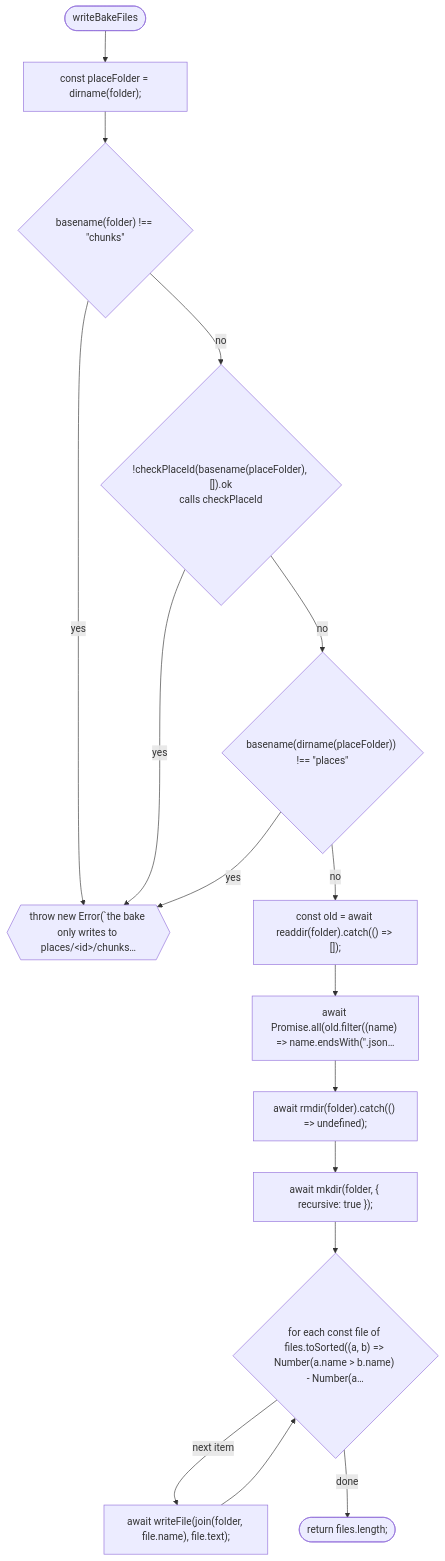
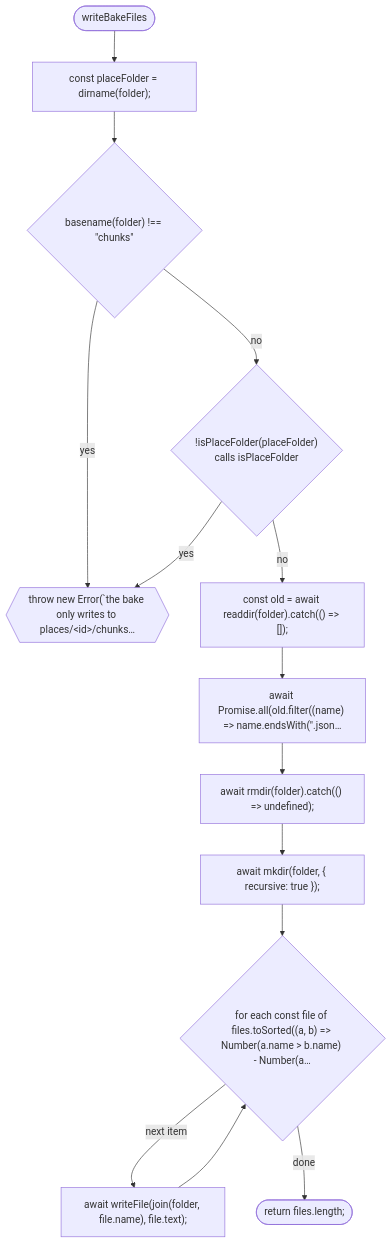
One commit to NewDara-Star/world-engine changed the first of 3 diagrams in docs/flows/tools/bake/write.md. Above: the diagram before and after it, drawn with Mermaid. The commit also changed other lines of this file and 58 other files, not shown here.

````diff
--- a/docs/flows/tools/bake/write.md
+++ b/docs/flows/tools/bake/write.md
@@ -7,31 +7,28 @@
 ```mermaid
 flowchart TD
   n1(["writeBakeFiles"])
   n2["const placeFolder = dirname(folder);"]
   n3{"basename(folder) !== #quot;chunks#quot;"}
-  n4{"!checkPlaceId(basename(placeFolder), []).ok<br/>calls checkPlaceId"}
-  n5{"basename(dirname(placeFolder)) !== #quot;places#quot;"}
-  n6{{"throw new Error(#96;the bake only writes to places/#lt;id#gt;/chunks…"}}
-  n7["const old = await readdir(folder).catch(() =#gt; []);"]
-  n8["await Promise.all(old.filter((name) =#gt; name.endsWith(#quot;.json…"]
-  n9["await rmdir(folder).catch(() =#gt; undefined);"]
-  n10["await mkdir(folder, { recursive: true });"]
-  n11{"for each const file of files.toSorted((a, b) =#gt; Number(a.name #gt; b.name) - Number(a…"}
-  n12["await writeFile(join(folder, file.name), file.text);"]
-  n13(["return files.length;"])
+  n4{"!isPlaceFolder(placeFolder)<br/>calls isPlaceFolder"}
+  n5{{"throw new Error(#96;the bake only writes to places/#lt;id#gt;/chunks…"}}
+  n6["const old = await readdir(folder).catch(() =#gt; []);"]
+  n7["await Promise.all(old.filter((name) =#gt; name.endsWith(#quot;.json…"]
+  n8["await rmdir(folder).catch(() =#gt; undefined);"]
+  n9["await mkdir(folder, { recursive: true });"]
+  n10{"for each const file of files.toSorted((a, b) =#gt; Number(a.name #gt; b.name) - Number(a…"}
+  n11["await writeFile(join(folder, file.name), file.text);"]
+  n12(["return files.length;"])
   n1 --> n2
   n2 --> n3
   n3 -->|"no"| n4
-  n4 -->|"no"| n5
-  n3 -->|"yes"| n6
-  n4 -->|"yes"| n6
-  n5 -->|"yes"| n6
-  n5 -->|"no"| n7
+  n3 -->|"yes"| n5
+  n4 -->|"yes"| n5
+  n4 -->|"no"| n6
+  n6 --> n7
   n7 --> n8
   n8 --> n9
   n9 --> n10
-  n10 --> n11
-  n11 -->|"next item"| n12
-  n12 --> n11
-  n11 -->|"done"| n13
+  n10 -->|"next item"| n11
+  n11 --> n10
+  n10 -->|"done"| n12
 ```
````
